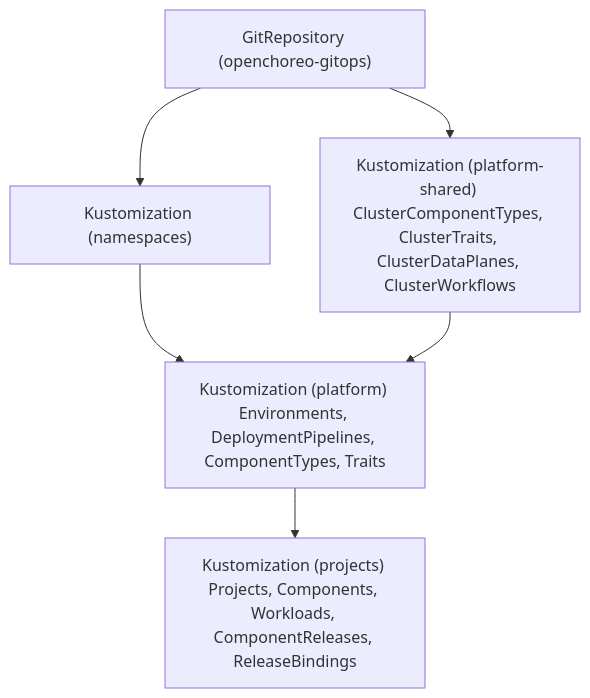
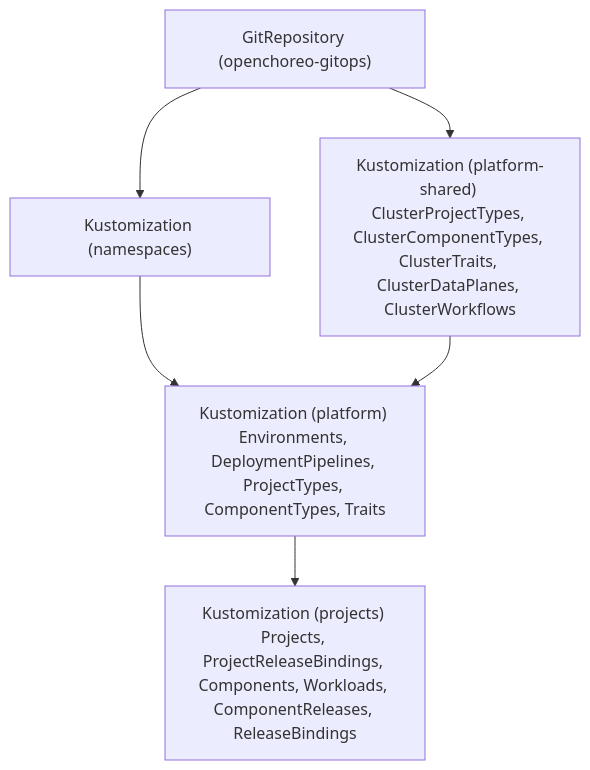
One commit to openchoreo/openchoreo.github.io changed the diagram in versioned_docs/version-v1.3.x/platform-engineer-guide/gitops/using-flux-cd.mdx. Above: the diagram before and after it, drawn with Mermaid. The commit also changed other lines of this file and 5 other files, not shown here.

````diff
--- a/versioned_docs/version-v1.3.x/platform-engineer-guide/gitops/using-flux-cd.mdx
+++ b/versioned_docs/version-v1.3.x/platform-engineer-guide/gitops/using-flux-cd.mdx
@@ -56,8 +56,8 @@
 ```mermaid
 flowchart TD
     A["GitRepository (openchoreo-gitops)"] --> B["Kustomization (namespaces)"]
-    A --> C["Kustomization (platform-shared) ClusterComponentTypes, ClusterTraits, ClusterDataPlanes, ClusterWorkflows"]
-    B --> D["Kustomization (platform) Environments, DeploymentPipelines, ComponentTypes, Traits"]
+    A --> C["Kustomization (platform-shared) ClusterProjectTypes, ClusterComponentTypes, ClusterTraits, ClusterDataPlanes, ClusterWorkflows"]
+    B --> D["Kustomization (platform) Environments, DeploymentPipelines, ProjectTypes, ComponentTypes, Traits"]
     C --> D
-    D --> E["Kustomization (projects) Projects, Components, Workloads, ComponentReleases, ReleaseBindings"]
+    D --> E["Kustomization (projects) Projects, ProjectReleaseBindings, Components, Workloads, ComponentReleases, ReleaseBindings"]
 ```
````
